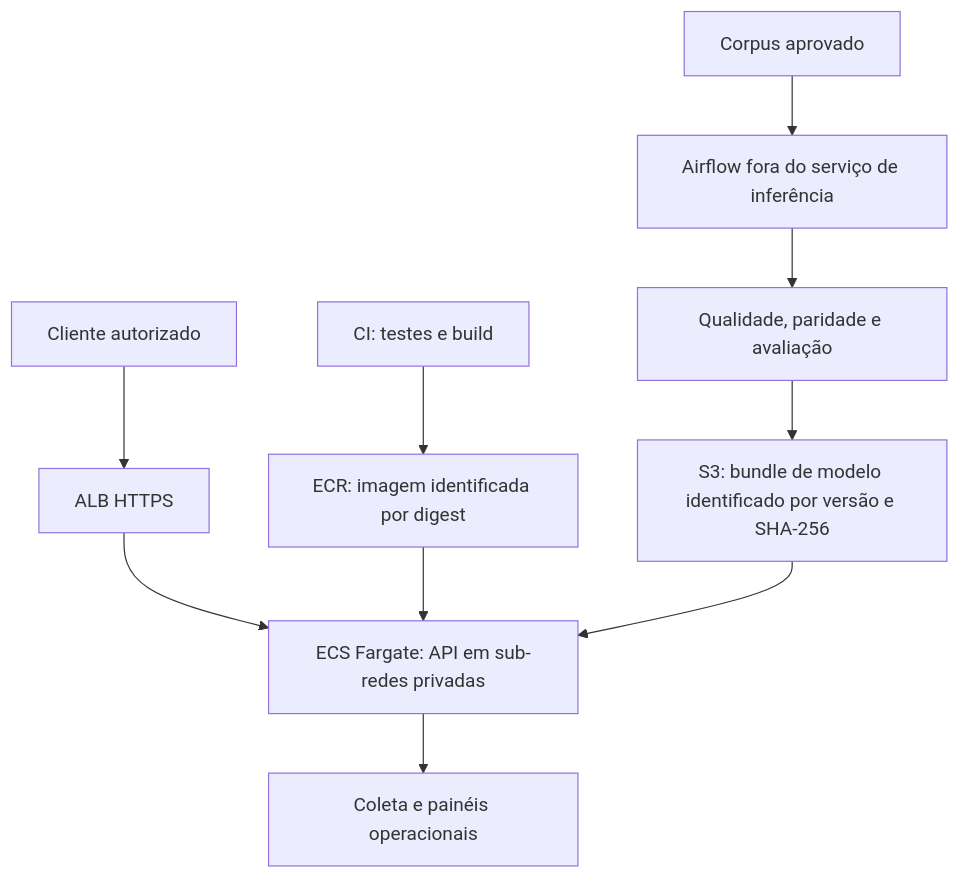
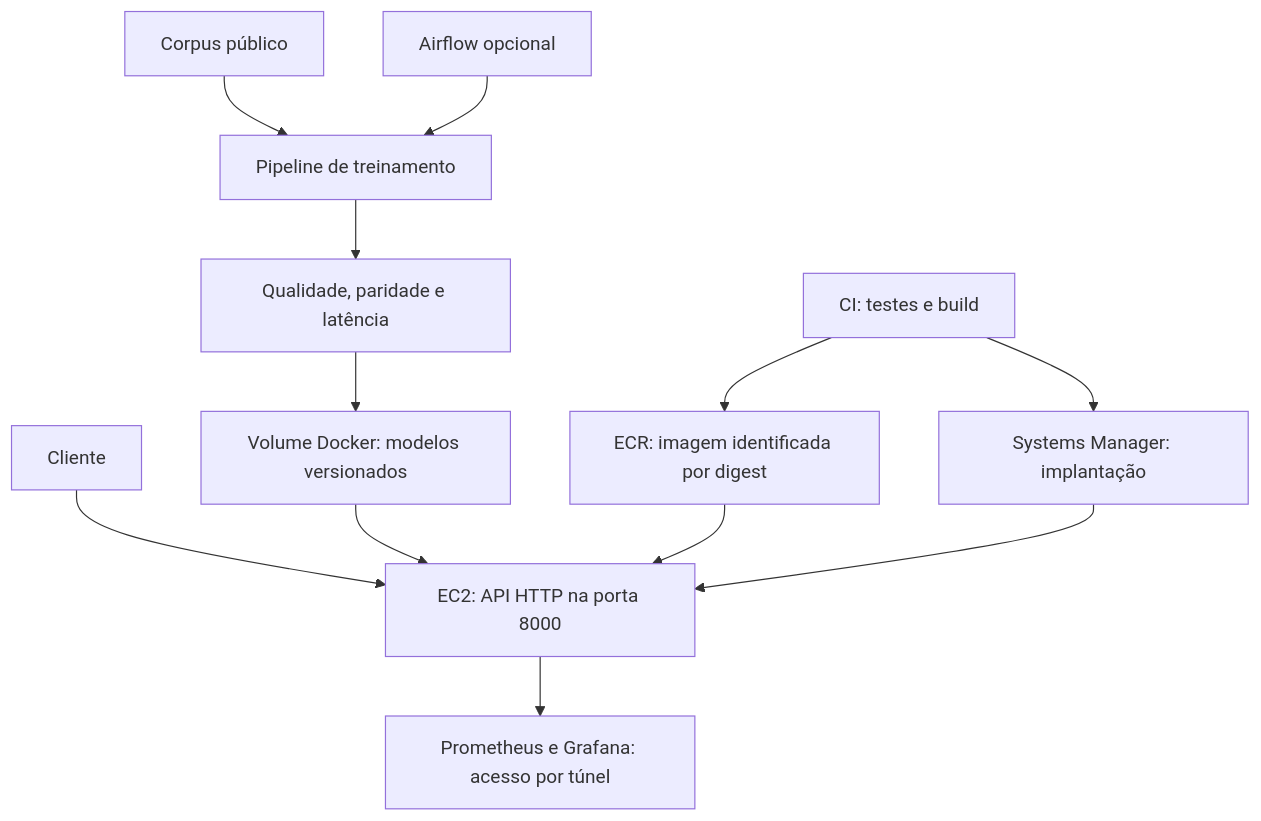
The diagram in docs/arquitetura.md (callyafiune/Tech-Challenge-fase-3), drawn with Mermaid before and after one commit. The commit also changed other lines of this file and 44 other files, not shown here.

````diff
--- a/docs/arquitetura.md
+++ b/docs/arquitetura.md
@@ -25,12 +25,14 @@
 ```mermaid
 flowchart TB
-    Cliente[Cliente autorizado] --> ALB[ALB HTTPS]
-    ALB --> API[ECS Fargate: API em sub-redes privadas]
+    Cliente[Cliente] --> API[EC2: API HTTP na porta 8000]
     ECR[ECR: imagem identificada por digest] --> API
-    S3[S3: bundle de modelo identificado por versão e SHA-256] --> API
-    Dados[Corpus aprovado] --> Airflow[Airflow fora do serviço de inferência]
-    Airflow --> Gates[Qualidade, paridade e avaliação]
-    Gates --> S3
+    Volume[Volume Docker: modelos versionados] --> API
+    Dados[Corpus público] --> Pipeline[Pipeline de treinamento]
+    Airflow[Airflow opcional] --> Pipeline
+    Pipeline --> Gates[Qualidade, paridade e latência]
+    Gates --> Volume
     CI[CI: testes e build] --> ECR
-    API --> Monitoramento[Coleta e painéis operacionais]
+    CI --> SSM[Systems Manager: implantação]
+    SSM --> API
+    API --> Monitoramento[Prometheus e Grafana: acesso por túnel]
 ```
````
